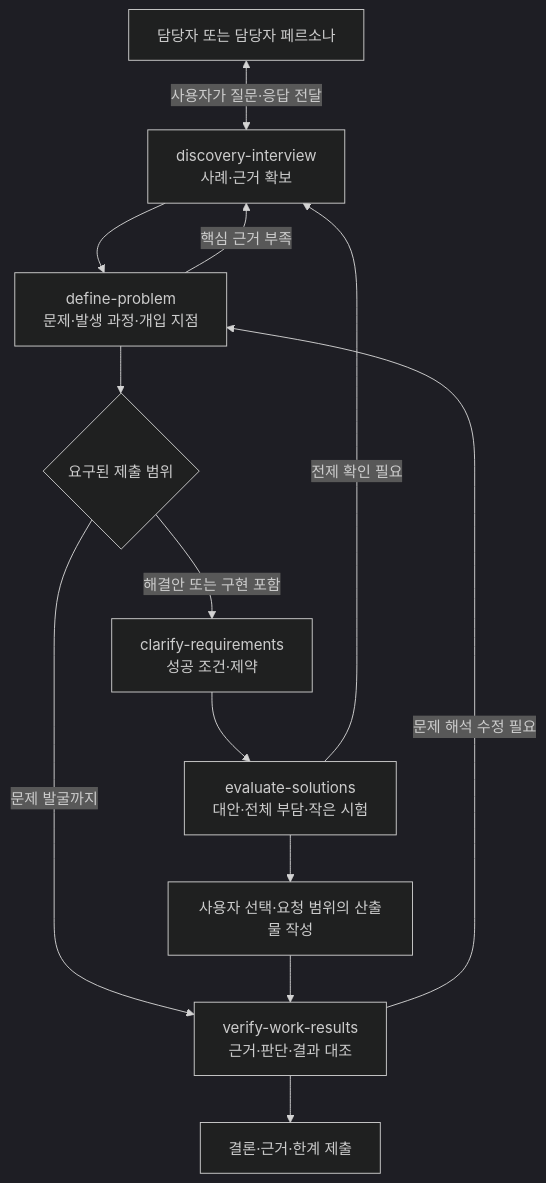
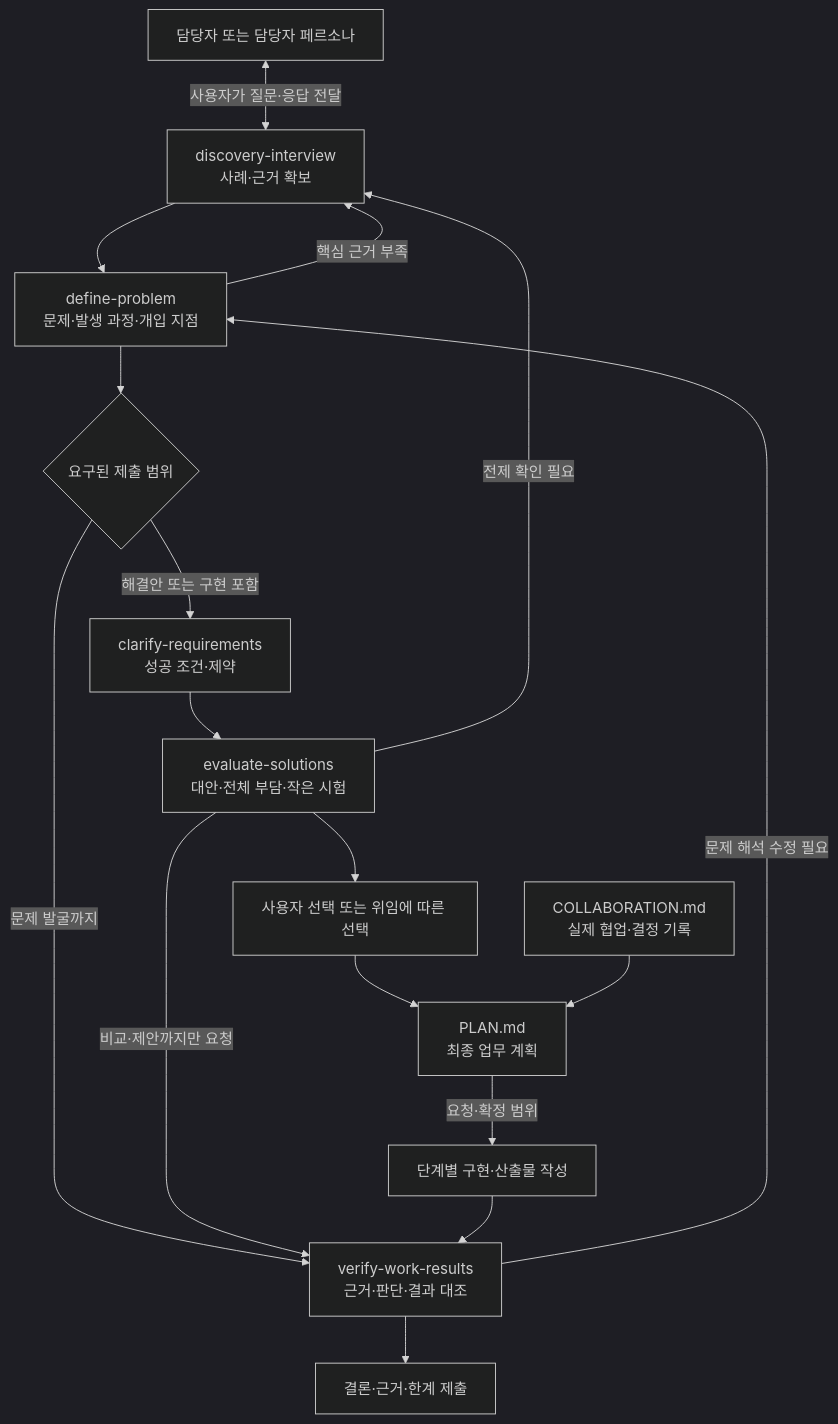
The diagram in README.md (Hayden-J/product-skill-trees), drawn with Mermaid (dark theme) before and after one commit. The commit also changed other lines of this file and 15 other files, not shown here.

````diff
--- a/README.md
+++ b/README.md
@@ -49,15 +49,19 @@
 ```mermaid
 flowchart TD
     P[담당자 또는 담당자 페르소나] <-->|사용자가 질문·응답 전달| I[discovery-interview<br/>사례·근거 확보]
     I --> D[define-problem<br/>문제·발생 과정·개입 지점]
     D -->|핵심 근거 부족| I
     D --> G{요구된 제출 범위}
     G -->|문제 발굴까지| V[verify-work-results<br/>근거·판단·결과 대조]
     G -->|해결안 또는 구현 포함| R[clarify-requirements<br/>성공 조건·제약]
     R --> E[evaluate-solutions<br/>대안·전체 부담·작은 시험]
     E -->|전제 확인 필요| I
-    E --> C[사용자 선택·요청 범위의 산출물 작성]
-    C --> V
+    E -->|비교·제안까지만 요청| V
+    E --> C[사용자 선택 또는 위임에 따른 선택]
+    C --> PLAN[PLAN.md<br/>최종 업무 계획]
+    LOG[COLLABORATION.md<br/>실제 협업·결정 기록] --> PLAN
+    PLAN -->|요청·확정 범위| DEV[단계별 구현·산출물 작성]
+    DEV --> V
     V -->|문제 해석 수정 필요| D
     V --> F[결론·근거·한계 제출]
 ```
````
